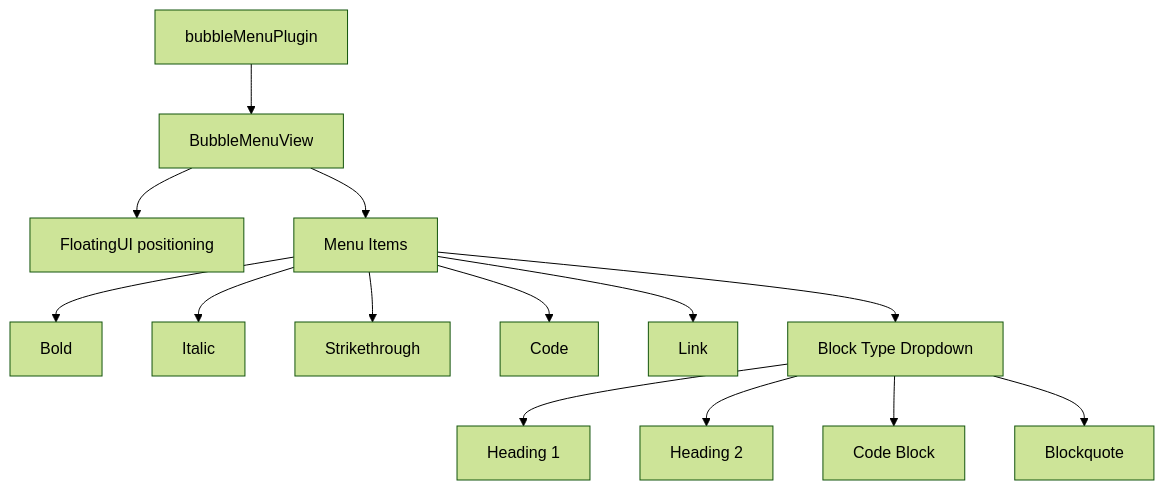
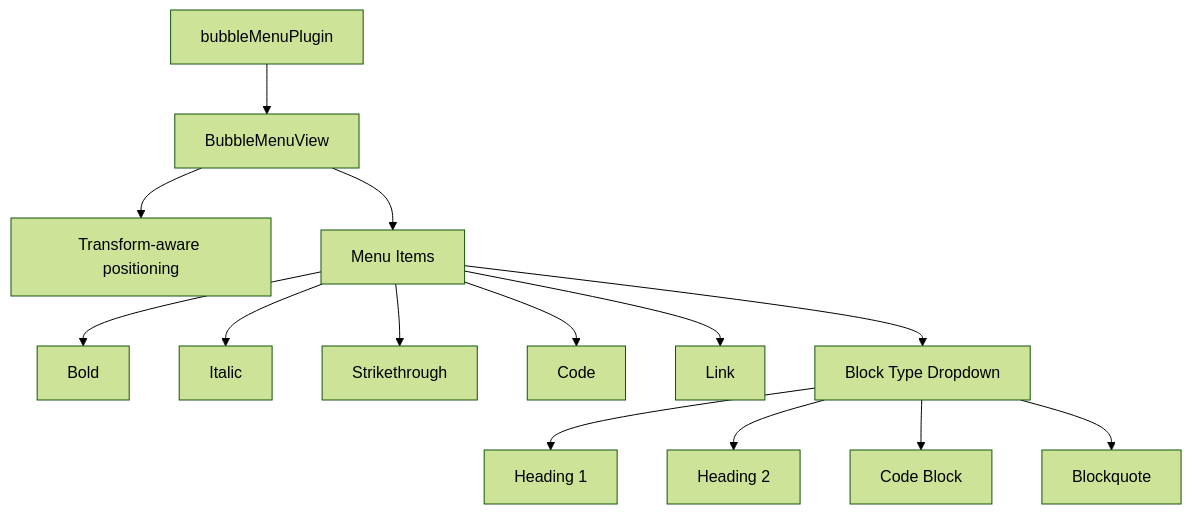
The sixth of 9 diagrams in services/web-ui/src/components/proseMirror/README.md (Lixpi/lixpi), drawn with Mermaid (forest theme) before and after one commit. The commit also changed other lines of this file and 6 other files, not shown here.

````diff
--- a/services/web-ui/src/components/proseMirror/README.md
+++ b/services/web-ui/src/components/proseMirror/README.md
@@ -189,16 +189,16 @@
 ```mermaid
 graph TD
   BMP[bubbleMenuPlugin] --> BMV[BubbleMenuView]
-  BMV --> FUI[FloatingUI positioning]
+  BMV --> TP[Transform-aware positioning]
   BMV --> Items[Menu Items]
   Items --> Bold
   Items --> Italic
   Items --> Strikethrough
   Items --> Code
   Items --> Link
   Items --> Dropdown[Block Type Dropdown]
   Dropdown --> H1[Heading 1]
   Dropdown --> H2[Heading 2]
   Dropdown --> CB[Code Block]
   Dropdown --> BQ[Blockquote]
 ```
````
